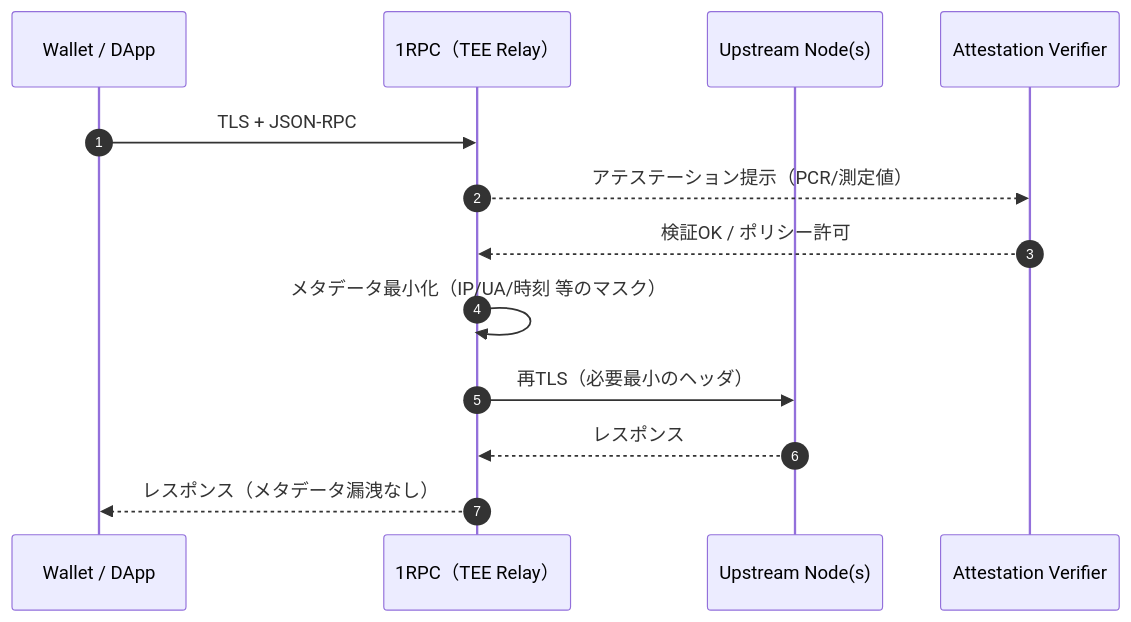
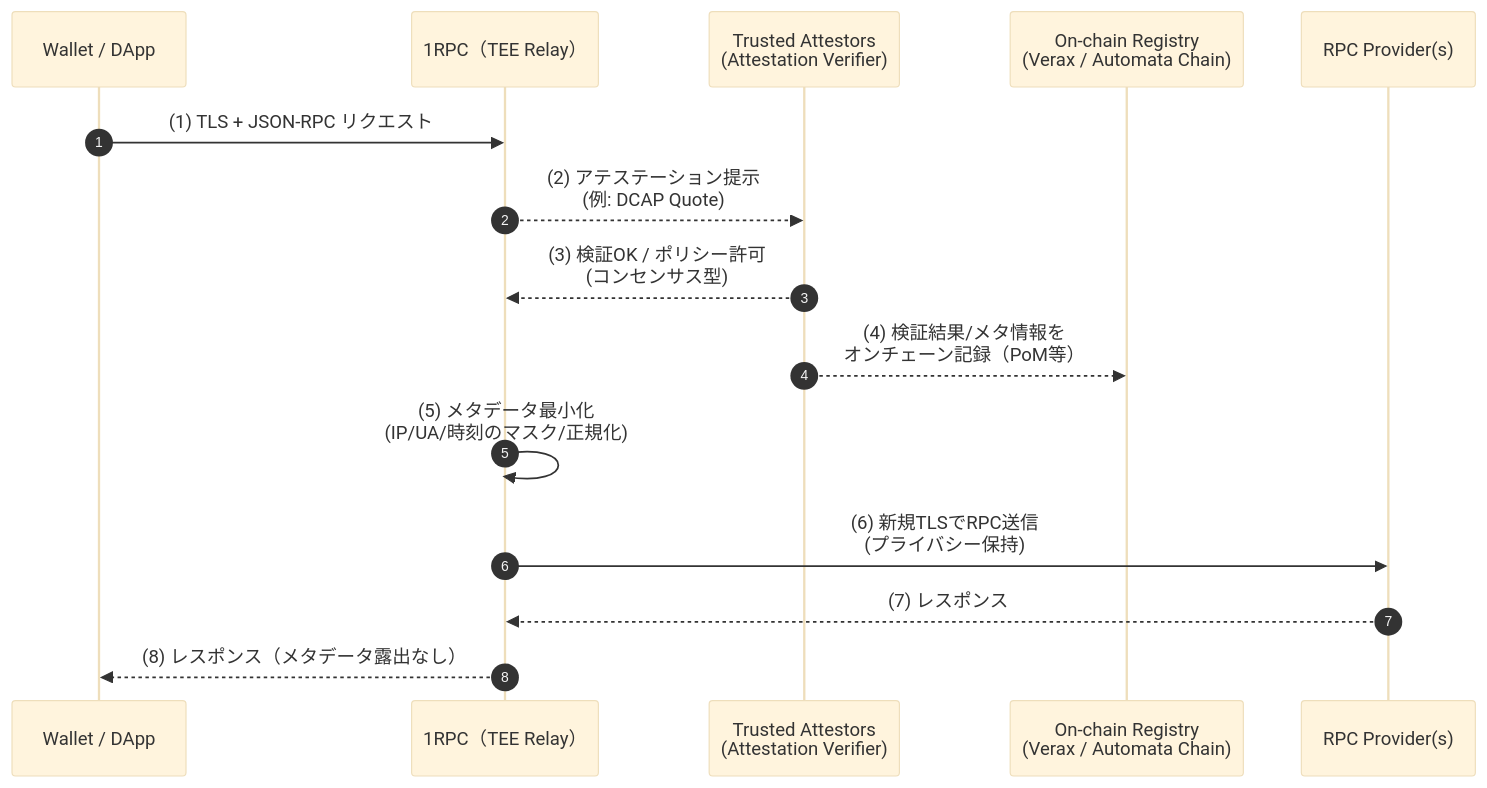
The first of 2 diagrams in articles/trusted-execution-environment-part2.md (43z708/zenn-articles), drawn with Mermaid before and after one commit. The commit also changed other lines of this file and 1 other file, not shown here.

Commit message:
Update articles for clarity and structure, including minor grammatical corrections and content enhancements in TEE and Unichain sections.

````diff
--- a/articles/trusted-execution-environment-part2.md
+++ b/articles/trusted-execution-environment-part2.md
@@ -42,17 +26,21 @@
 ```mermaid
+%%{init: {'theme':'base', 'themeVariables': { 'fontSize': '16px'}}}%%
 sequenceDiagram
     autonumber
     participant Wallet as Wallet / DApp
     participant TEE as 1RPC（TEE Relay）
-    participant Node as Upstream Node(s)
-    participant AttV as Attestation Verifier
+    participant Att as Trusted Attestors<br/>(Attestation Verifier)
+    participant Reg as On-chain Registry<br/>(Verax / Automata Chain)
+    participant Prov as RPC Provider(s)
 
-    Wallet->>TEE: TLS + JSON-RPC
-    TEE-->>AttV: アテステーション提示（PCR/測定値）
-    AttV-->>TEE: 検証OK / ポリシー許可
+    Wallet->>TEE: (1) TLS + JSON-RPC リクエスト
+    TEE-->>Att: (2) アテステーション提示<br/>(例: DCAP Quote)
+    Att-->>TEE: (3) 検証OK / ポリシー許可<br/>(コンセンサス型)
+    Att-->>Reg: (4) 検証結果/メタ情報を<br/>オンチェーン記録（PoM等）
 
-    TEE->>TEE: メタデータ最小化（IP/UA/時刻 等のマスク）
-    TEE->>Node: 再TLS（必要最小のヘッダ）
-    Node-->>TEE: レスポンス
-    TEE-->>Wallet: レスポンス（メタデータ漏洩なし）
+    TEE->>TEE: (5) メタデータ最小化<br/>(IP/UA/時刻のマスク/正規化)
+    TEE->>Prov: (6) 新規TLSでRPC送信<br/>(プライバシー保持)
+    Prov-->>TEE: (7) レスポンス
+    TEE-->>Wallet: (8) レスポンス（メタデータ露出なし）
+
 ```
````
